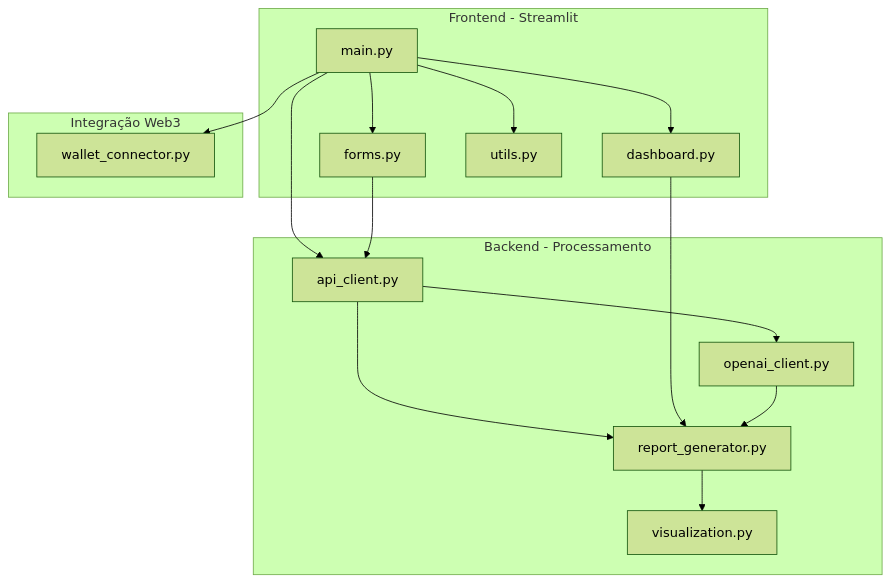
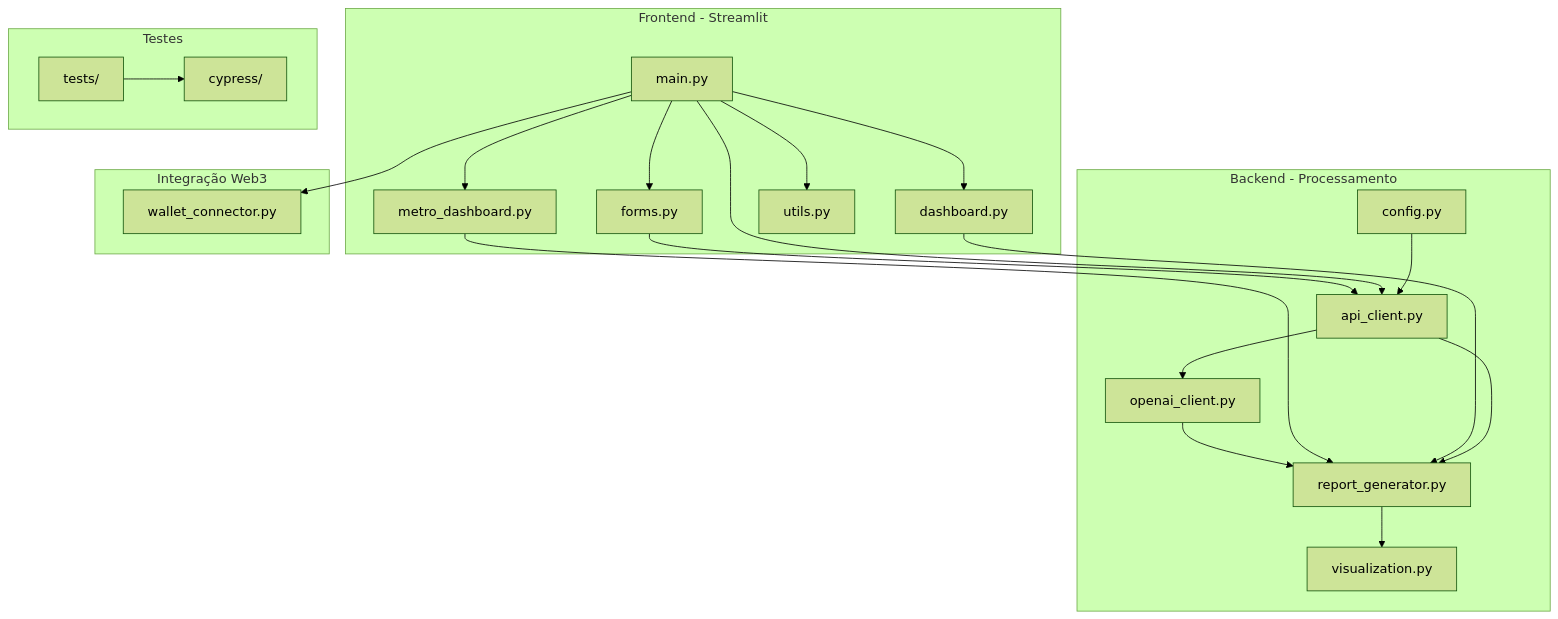
Before and after one commit to govinda777/AiEntrepreneurConnect: the second of 4 diagrams in README.md, drawn with Mermaid (forest theme). The commit also changed other lines of this file and 6 other files, not shown here.

````diff
--- a/README.md
+++ b/README.md
@@ -38,24 +39,31 @@
 ```mermaid
 graph TD
     subgraph frontend[Frontend - Streamlit]
         Main[main.py] --> Forms[forms.py]
         Main --> Dashboard[dashboard.py]
+        Main --> MetroDashboard[metro_dashboard.py]
         Main --> Utils[utils.py]
     end
     
     subgraph backend[Backend - Processamento]
         API[api_client.py] --> OpenAI[openai_client.py]
         API --> ReportGen[report_generator.py]
         ReportGen --> Visualize[visualization.py]
+        Config[config.py] --> API
     end
     
     subgraph web3[Integração Web3]
         Wallet[wallet_connector.py]
     end
     
+    subgraph testing[Testes]
+        Tests[tests/] --> Cypress[cypress/]
+    end
+    
     Main --> API
     Main --> Wallet
     Forms --> API
     Dashboard --> ReportGen
+    MetroDashboard --> ReportGen
     OpenAI --> ReportGen
 ```
````
